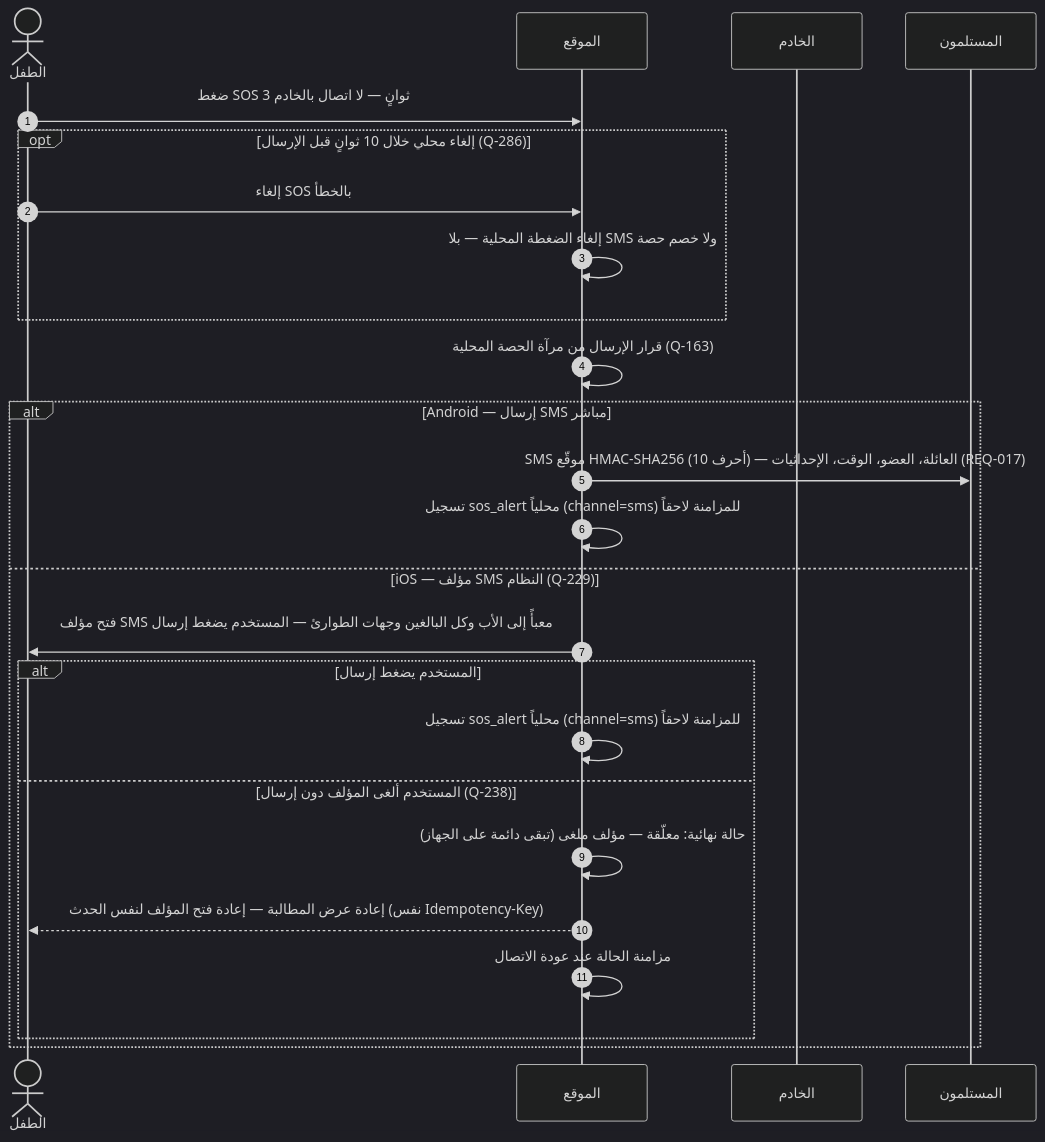
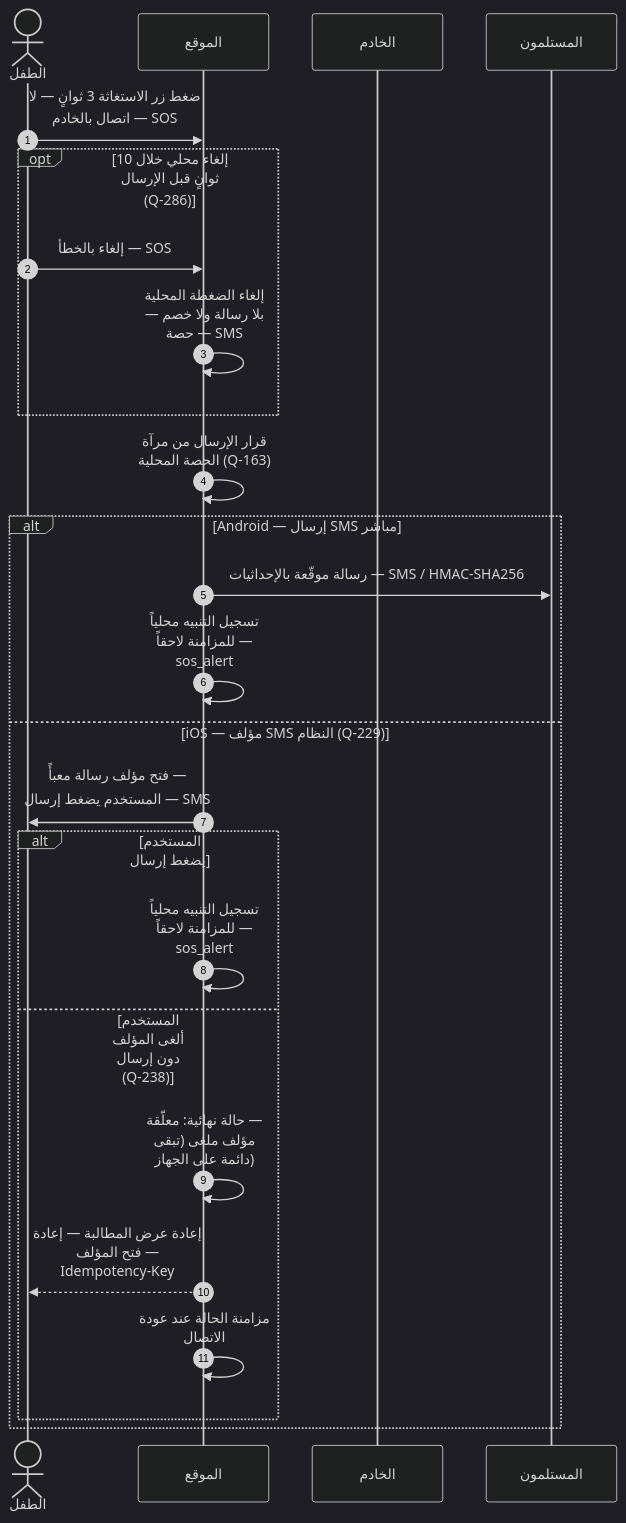
Before and after one commit to Bassam-mohammed-alqaeadi/family-os-v2: the eighth of 30 diagrams in docs/family-os/governance/phases/phase-1/S1-07-location-basic/DIAGRAMS.md, drawn with Mermaid (dark theme). The commit also changed other lines of this file, not shown here.

````diff
--- a/docs/family-os/governance/phases/phase-1/S1-07-location-basic/DIAGRAMS.md
+++ b/docs/family-os/governance/phases/phase-1/S1-07-location-basic/DIAGRAMS.md
@@ -291,27 +336,28 @@
 ```mermaid
+    %%{init: {"sequence": {"wrap": true}}}%%
 sequenceDiagram
     autonumber
     actor Child as الطفل
     participant S107 as الموقع
     participant Ktor as الخادم
     participant Recipients as المستلمون
-    Child->>S107: ضغط SOS 3 ثوانٍ — لا اتصال بالخادم
+    Child->>S107: ضغط زر الاستغاثة 3 ثوانٍ — لا اتصال بالخادم — SOS
     opt إلغاء محلي خلال 10 ثوانٍ قبل الإرسال (Q-286)
-        Child->>S107: إلغاء SOS بالخطأ
-        S107->>S107: إلغاء الضغطة المحلية — بلا SMS ولا خصم حصة
+        Child->>S107: إلغاء بالخطأ — SOS
+        S107->>S107: إلغاء الضغطة المحلية — بلا رسالة ولا خصم حصة — SMS
     end
     S107->>S107: قرار الإرسال من مرآة الحصة المحلية (Q-163)
     alt Android — إرسال SMS مباشر
-        S107->>Recipients: SMS موقّع HMAC-SHA256 (10 أحرف) — العائلة، العضو، الوقت، الإحداثيات (REQ-017)
-        S107->>S107: تسجيل sos_alert محلياً (channel=sms) للمزامنة لاحقاً
+        S107->>Recipients: رسالة موقّعة بالإحداثيات — SMS / HMAC-SHA256
+        S107->>S107: تسجيل التنبيه محلياً للمزامنة لاحقاً — sos_alert
     else iOS — مؤلف SMS النظام (Q-229)
-        S107->>Child: فتح مؤلف SMS معبأً إلى الأب وكل البالغين وجهات الطوارئ — المستخدم يضغط إرسال
+        S107->>Child: فتح مؤلف رسالة معبأً — المستخدم يضغط إرسال — SMS
         alt المستخدم يضغط إرسال
-            S107->>S107: تسجيل sos_alert محلياً (channel=sms) للمزامنة لاحقاً
+            S107->>S107: تسجيل التنبيه محلياً للمزامنة لاحقاً — sos_alert
         else المستخدم ألغى المؤلف دون إرسال (Q-238)
             S107->>S107: حالة نهائية: معلّقة — مؤلف ملغى (تبقى دائمة على الجهاز)
-            S107-->>Child: إعادة عرض المطالبة — إعادة فتح المؤلف لنفس الحدث (نفس Idempotency-Key)
+            S107-->>Child: إعادة عرض المطالبة — إعادة فتح المؤلف — Idempotency-Key
             S107->>S107: مزامنة الحالة عند عودة الاتصال
         end
     end
 ```
````
